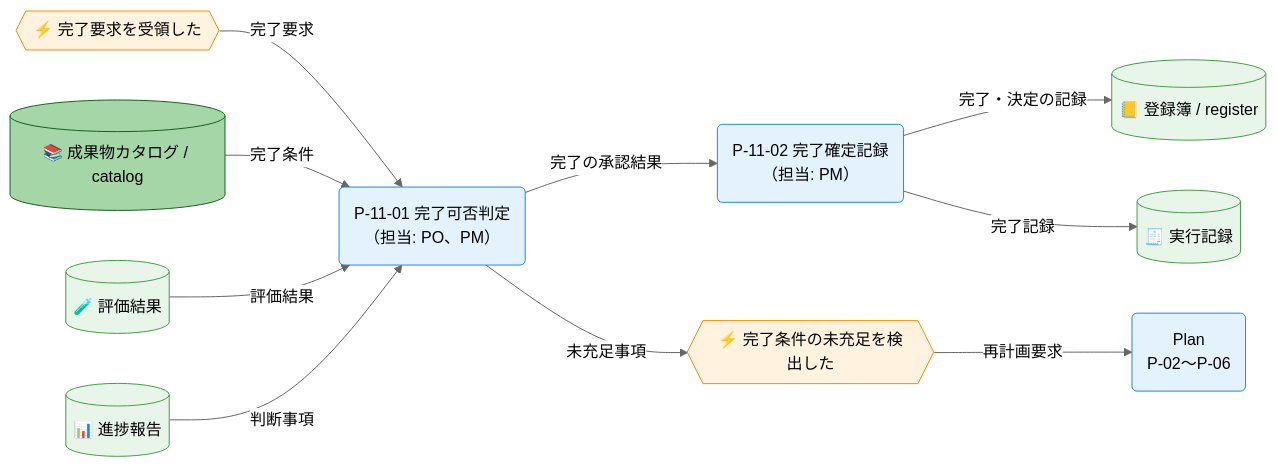
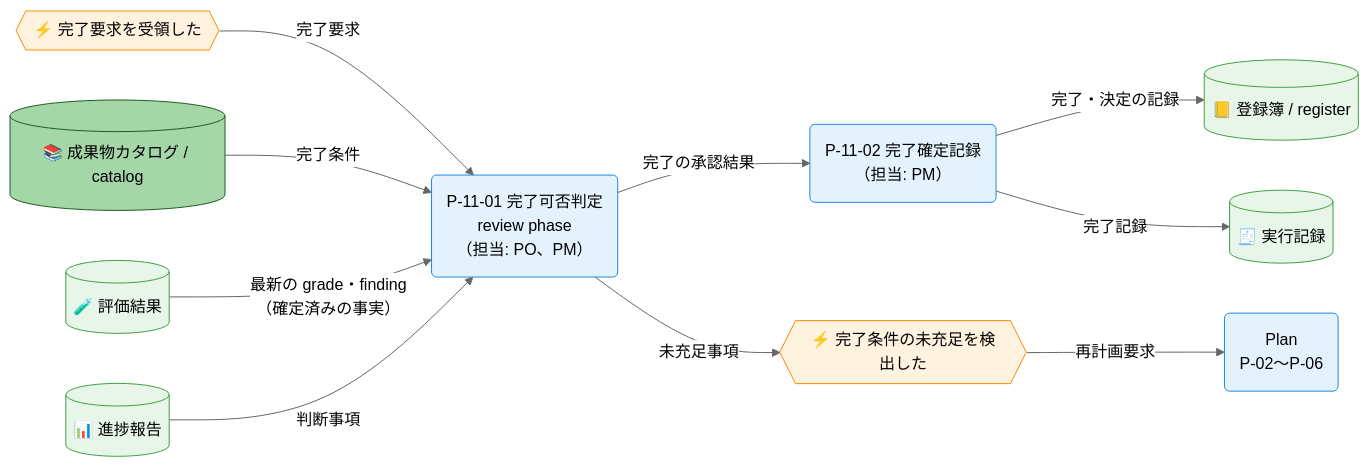
Before and after one commit to specdojo/specdojo: the first of 3 diagrams in docs/ja/product/010-business-specs/010-data-flow/cdfd-action.md, drawn with Mermaid (neutral theme). The commit also changed other lines of this file and 6 other files, not shown here.

Commit message:
exec(register PJR-XZEQ): cdfd-overview と cdfd-check と cdfd-action へ grade と review の関係を反映する

````diff
--- a/docs/ja/product/010-business-specs/010-data-flow/cdfd-action.md
+++ b/docs/ja/product/010-business-specs/010-data-flow/cdfd-action.md
@@ -102,33 +102,33 @@
 ```mermaid
 flowchart LR
   classDef process fill:#e3f2fd,stroke:#1e88e5,color:#000
   classDef event fill:#fff3e0,stroke:#fb8c00,color:#000
   classDef storeMaster fill:#a5d6a7,stroke:#1b5e20,color:#000
   classDef storeTransaction fill:#e8f5e9,stroke:#43a047,color:#000
 
   完了要求{{"⚡ 完了要求を受領した"}}
-  完了可否判定("P-11-01 完了可否判定<br>（担当: PO、PM）")
+  完了可否判定("P-11-01 完了可否判定<br>review phase<br>（担当: PO、PM）")
   完了確定記録("P-11-02 完了確定記録<br>（担当: PM）")
   未充足{{"⚡ 完了条件の未充足を検出した"}}
   Plan("Plan<br>P-02〜P-06")
   成果物カタログ[("📚 成果物カタログ / catalog")]
   評価結果[("🧪 評価結果")]
   進捗報告[("📊 進捗報告")]
   登録簿[("📒 登録簿 / register")]
   実行記録[("🧾 実行記録")]
 
   完了要求 -->|"完了要求"| 完了可否判定
   成果物カタログ -->|"完了条件"| 完了可否判定
-  評価結果 -->|"評価結果"| 完了可否判定
+  評価結果 -->|"最新の grade・finding<br>（確定済みの事実）"| 完了可否判定
   進捗報告 -->|"判断事項"| 完了可否判定
   完了可否判定 -->|"完了の承認結果"| 完了確定記録
   完了可否判定 -->|"未充足事項"| 未充足
   完了確定記録 -->|"完了・決定の記録"| 登録簿
   完了確定記録 -->|"完了記録"| 実行記録
   未充足 -->|"再計画要求"| Plan
 
   class 完了可否判定,完了確定記録,Plan process
   class 完了要求,未充足 event
   class 成果物カタログ storeMaster
   class 評価結果,進捗報告,登録簿,実行記録 storeTransaction
 ```
````
